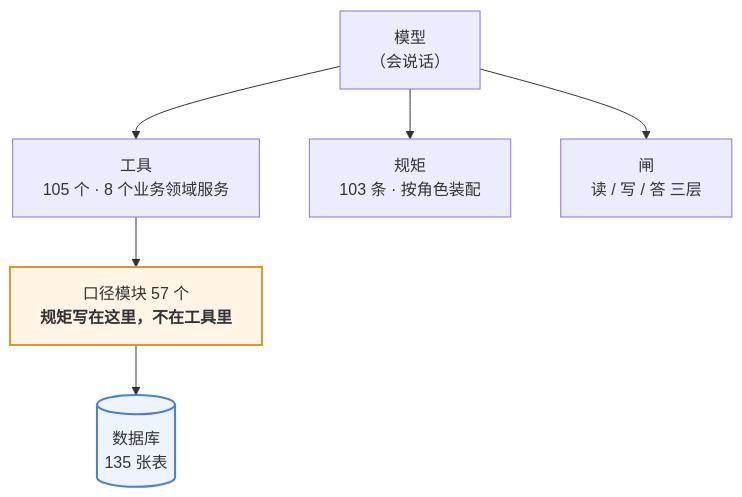
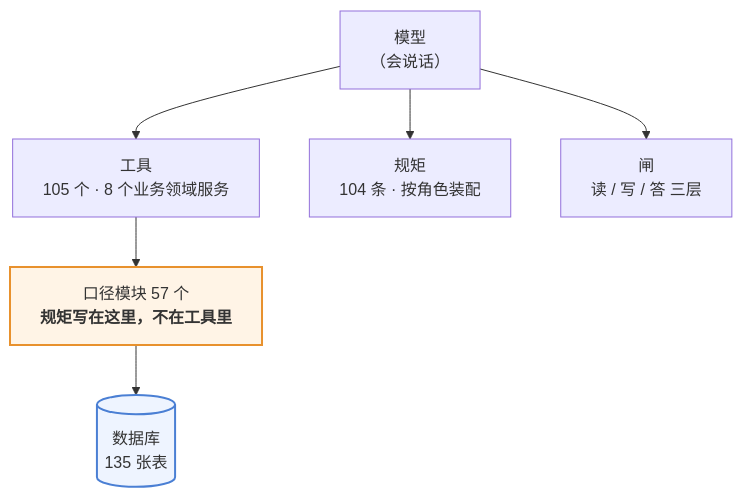
The first of 3 diagrams in 澜绣云裳agent-产品说明.md (843773296-rgb/lanxiu-yunshang-agent), drawn with Mermaid before and after one commit. The commit also changed other lines of this file and 6 other files, not shown here.

````diff
--- a/澜绣云裳agent-产品说明.md
+++ b/澜绣云裳agent-产品说明.md
@@ -62,12 +62,12 @@
 ```mermaid
 flowchart TD
     M["模型<br/>（会说话）"]
     M --> T["工具<br/>105 个 · 8 个业务领域服务"]
-    M --> R["规矩<br/>103 条 · 按角色装配"]
+    M --> R["规矩<br/>104 条 · 按角色装配"]
     M --> G["闸<br/>读 / 写 / 答 三层"]
     T --> K["口径模块 57 个<br/><b>规矩写在这里，不在工具里</b>"]
     K --> DB[("数据库<br/>135 张表")]
 
     style K fill:#fff4e6,stroke:#e8912d,stroke-width:2px
     style DB fill:#eef4ff,stroke:#4a7fd4,stroke-width:2px
 ```
````
